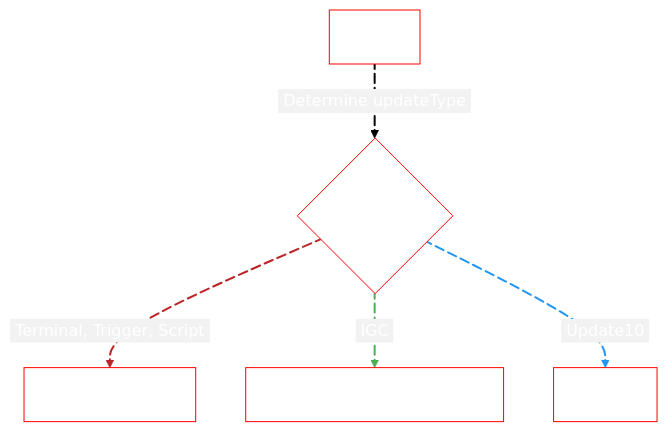
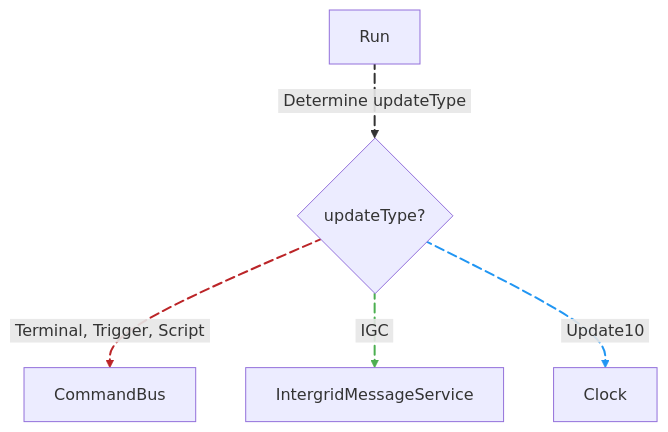
Before and after one commit to lukejamesmorrison/mother-docs: the second of 3 diagrams in docs/Framework/Developer/GettingStarted/ArchitectureOverview.md, drawn with Mermaid. The commit also changed other lines of this file and 17 other files, not shown here.

````diff
--- a/docs/Framework/Developer/GettingStarted/ArchitectureOverview.md
+++ b/docs/Framework/Developer/GettingStarted/ArchitectureOverview.md
@@ -136,36 +124,25 @@
 ```mermaid
 %%{
   init: {
     'theme': 'base',
-    'themeVariables': {
-        'primaryColor': '#BB2528',
-        'primaryTextColor': '#fff',
-        'primaryBorderColor': '#7C0000',
-        'mainBkg': 'white',
-        'nodeBorder': 'red',
-        'lineColor': 'black',
-        'secondaryColor': '#F2F2F2',
-        'secondaryBorderColor': 'black',
-        'tertiaryColor': '#F2F2F2',
-        'tertiaryBorderColor': 'black'
-    }
+   
   }
 }%%
 
 graph TD
     A[Run] e1@-->|&nbsp;Determine updateType&nbsp;| B{updateType?}
     linkStyle 0 stroke-width:2px
     e1@{animation: slow}
 
     B e2@-->|&nbsp;Terminal, Trigger, Script&nbsp;| C[CommandBus]
     linkStyle 1 stroke:#BB2528,stroke-width:2px
     e2@{animation: slow}
 
     B e3@-->|&nbsp;IGC&nbsp;| D[IntergridMessageService]
     linkStyle 2 stroke:#4CAF50,stroke-width:2px
     e3@{animation: slow}
 
     B e4@-->|&nbsp;Update10&nbsp;| E[Clock]
     linkStyle 3 stroke:#2196F3,stroke-width:2px
     e4@{animation: slow}
 ```
````
